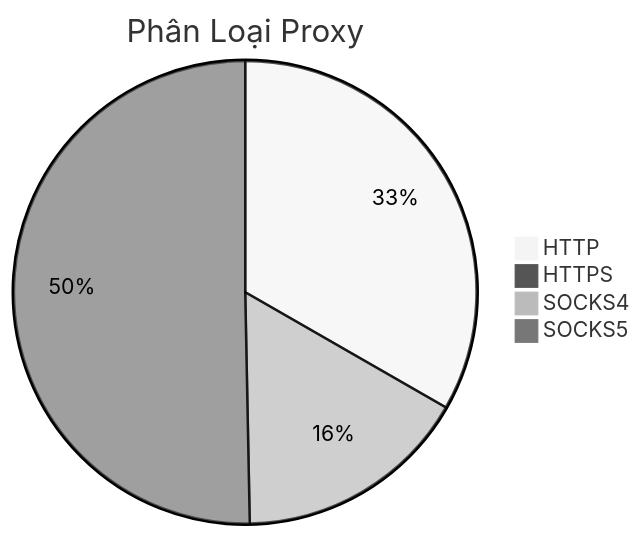
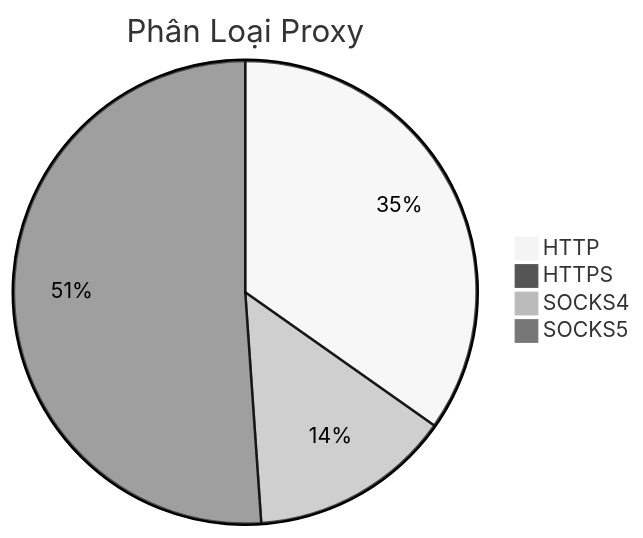
One commit to Ciara-Aa/PROXY-free changed the diagram in README.md. Above: the diagram before and after it, drawn with Mermaid (neutral theme). The commit also changed other lines of this file and 4 other files, not shown here.

````diff
--- a/README.md
+++ b/README.md
@@ -26,7 +26,7 @@
 ```mermaid
 pie title Phân Loại Proxy
-    "HTTP" : 587
-    "HTTPS" : 6
-    "SOCKS4" : 289
-    "SOCKS5" : 887
+    "HTTP" : 741
+    "HTTPS" : 5
+    "SOCKS4" : 301
+    "SOCKS5" : 1089
 ```
````
